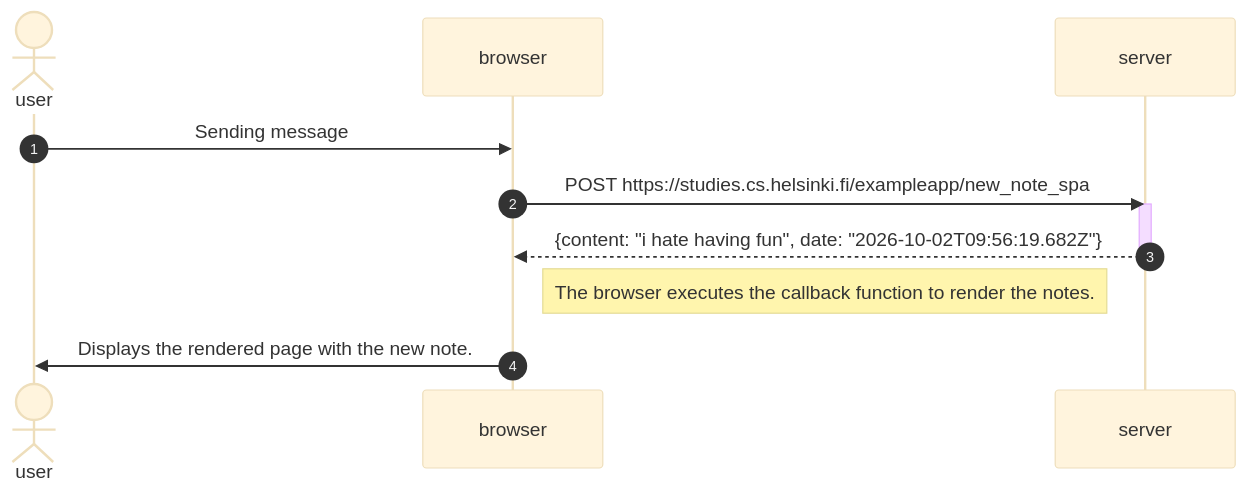
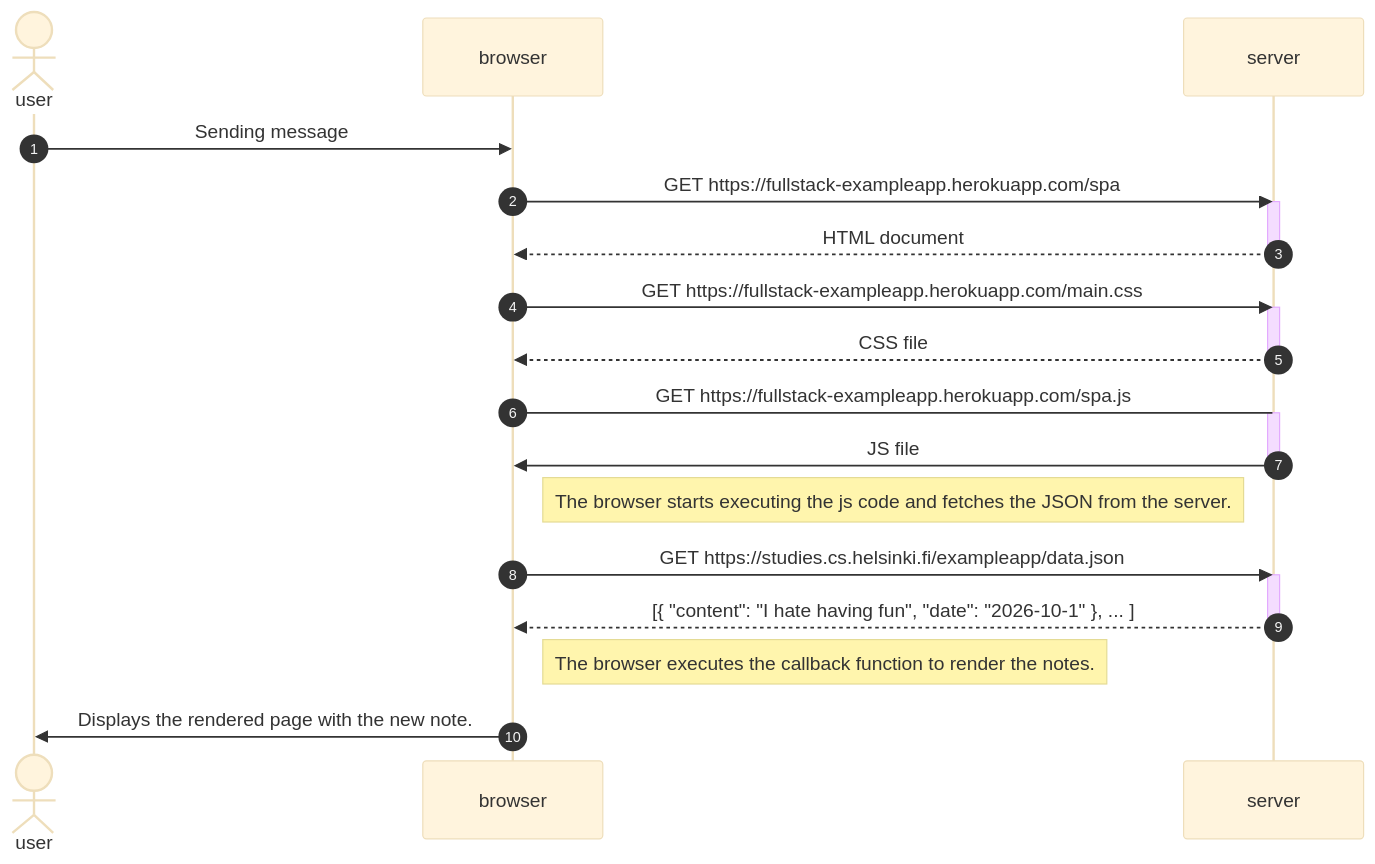
The diagram in Part0/Ex0.5/sequence.md (Junsui3012/FSO), drawn with Mermaid (base theme) before and after one commit. The commit also changed 1 other file, not shown here.

````diff
--- a/Part0/Ex0.5/sequence.md
+++ b/Part0/Ex0.5/sequence.md
@@ -1,19 +1,35 @@
 ```mermaid
 sequenceDiagram
     autonumber
     actor user
     participant browser
     participant server
 
     user->>browser: Sending message
 
-    browser->>server: POST https://studies.cs.helsinki.fi/exampleapp/new_note_spa
-    
+    browser->>server: GET https://fullstack-exampleapp.herokuapp.com/spa
     activate server
-    server-->>browser: {content: "i hate having fun", date: "2026-10-02T09:56:19.682Z"}
+    server-->>browser: HTML document
+    deactivate server
+
+    browser->>server: GET https://fullstack-exampleapp.herokuapp.com/main.css
+    activate server
+    server-->>browser: CSS file
+    deactivate server
+
+    browser->server: GET https://fullstack-exampleapp.herokuapp.com/spa.js
+    activate server
+    server->>browser: JS file
+    deactivate server
+
+    Note right of browser: The browser starts executing the js code and fetches the JSON from the server.
+
+    browser->>server: GET https://studies.cs.helsinki.fi/exampleapp/data.json
+    activate server
+    server-->>browser: [{ "content": "I hate having fun", "date": "2026-10-1" }, ... ]
     deactivate server
 
     Note right of browser: The browser executes the callback function to render the notes.
 
     browser->>user: Displays the rendered page with the new note.
 ```
````
